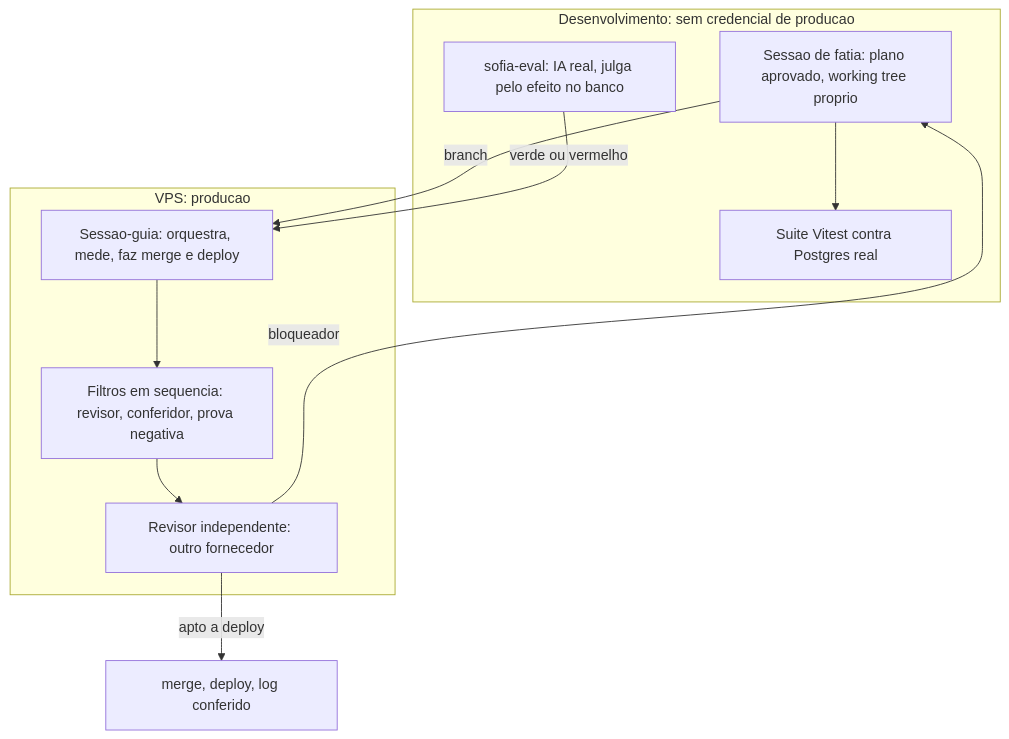
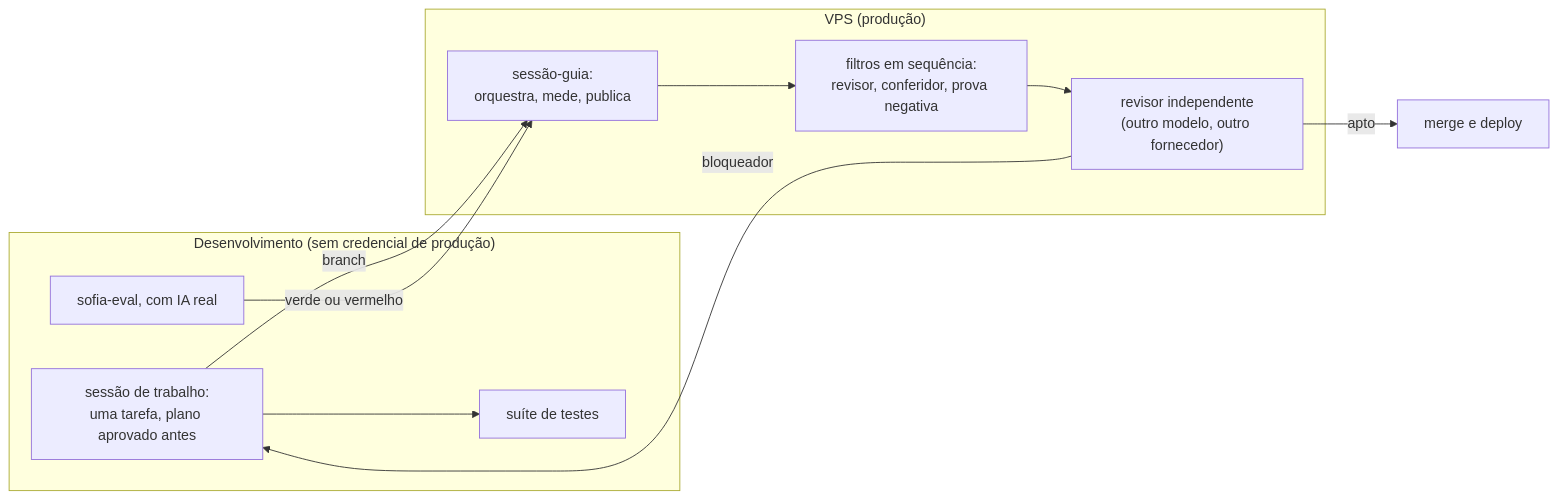
One commit to andrenv14/sofia-vitrine changed the fourth of 4 diagrams in README.md. Above: the diagram before and after it, drawn with Mermaid. The commit also changed other lines of this file, not shown here.

First line of the commit message:
README: mais facil de ler, sem mudar o que afirma

````diff
--- a/README.md
+++ b/README.md
@@ -359,20 +373,19 @@
 ```mermaid
-flowchart TB
-    subgraph DEV[Desenvolvimento: sem credencial de producao]
-        FATIA[Sessao de fatia: plano aprovado, working tree proprio]
-        SUITE[Suite Vitest contra Postgres real]
-        EVAL[sofia-eval: IA real, julga pelo efeito no banco]
+flowchart LR
+    subgraph DEV["Desenvolvimento (sem credencial de produção)"]
+        FATIA["sessão de trabalho:<br/>uma tarefa, plano aprovado antes"]
+        SUITE["suíte de testes"]
+        EVAL["sofia-eval, com IA real"]
     end
-    subgraph PROD[VPS: producao]
-        GUIA[Sessao-guia: orquestra, mede, faz merge e deploy]
-        FILTROS[Filtros em sequencia: revisor, conferidor, prova negativa]
-        CODEX[Revisor independente: outro fornecedor]
+    subgraph PROD["VPS (produção)"]
+        GUIA["sessão-guia:<br/>orquestra, mede, publica"]
+        FILTROS["filtros em sequência:<br/>revisor, conferidor, prova negativa"]
+        CODEX["revisor independente<br/>(outro modelo, outro fornecedor)"]
     end
     FATIA --> SUITE
-    FATIA -->|branch| GUIA
-    GUIA --> FILTROS
-    FILTROS --> CODEX
-    CODEX -->|bloqueador| FATIA
-    CODEX -->|apto a deploy| MERGE[merge, deploy, log conferido]
-    EVAL -->|verde ou vermelho| GUIA
+    FATIA -->|"branch"| GUIA
+    GUIA --> FILTROS --> CODEX
+    CODEX -->|"bloqueador"| FATIA
+    CODEX -->|"apto"| MERGE["merge e deploy"]
+    EVAL -->|"verde ou vermelho"| GUIA
 ```
````
